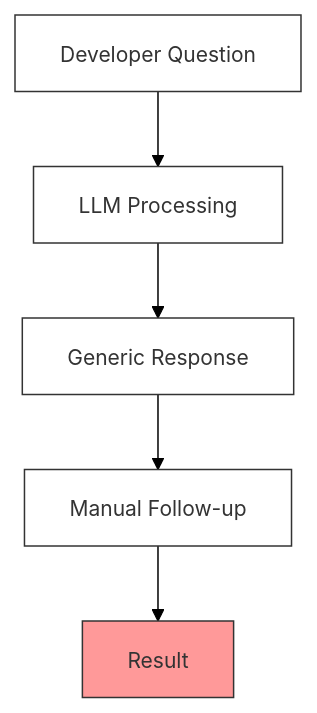
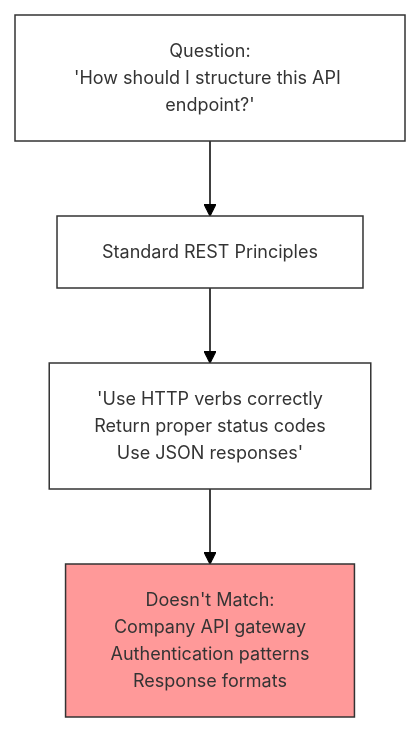
Before and after one commit to tk0221/prompt-template: the first of 2 diagrams in README.md, drawn with Mermaid. The commit also changed other lines of this file, not shown here.

````diff
--- a/README.md
+++ b/README.md
@@ -11,14 +11,12 @@
 ```mermaid
 %%{init: {'theme':'base', 'themeVariables': { 'fontSize': '14px', 'fontFamily': 'arial', 'background': '#ffffff' }}}%%
 graph TD
-    A1["Developer Question"] --> B1["LLM Processing"]
-    B1 --> D1["Generic Response"]
-    D1 --> E1["Manual Follow-up"]
-    E1 --> F1["Result"]
+    A1["Question:<br/>'How should I structure this API endpoint?'"] --> B1["Standard REST Principles"]
+    B1 --> C1["'Use HTTP verbs correctly<br/>Return proper status codes<br/>Use JSON responses'"]
+    C1 --> D1["Doesn't Match:<br/>Company API gateway<br/>Authentication patterns<br/>Response formats"]
     
-    style A1 fill:#ffffff,stroke:#333,font-size:14px
-    style B1 fill:#ffffff,stroke:#333,font-size:14px
-    style D1 fill:#ffffff,stroke:#333,font-size:14px
-    style E1 fill:#ffffff,stroke:#333,font-size:14px
-    style F1 fill:#ff9999,stroke:#333,font-size:14px
+    style A1 fill:#ffffff,stroke:#333,font-size:12px
+    style B1 fill:#ffffff,stroke:#333,font-size:12px
+    style C1 fill:#ffffff,stroke:#333,font-size:12px
+    style D1 fill:#ff9999,stroke:#333,font-size:12px
 ```
````
